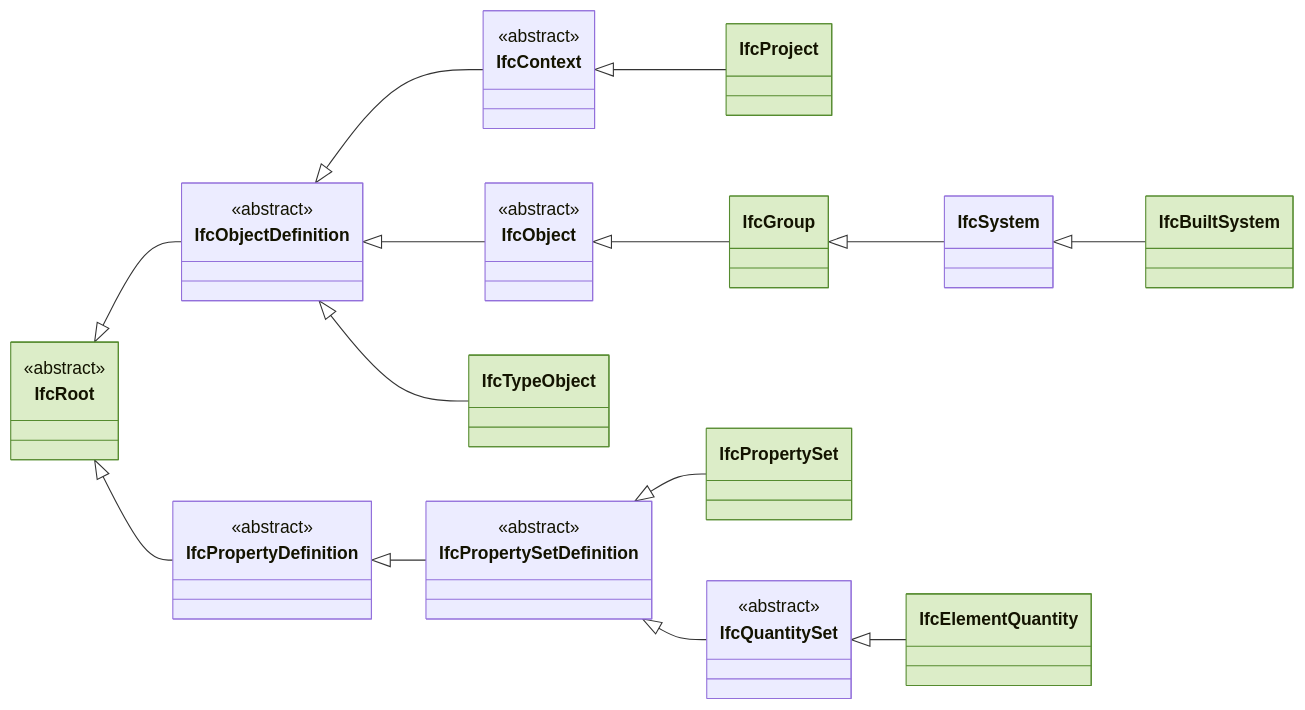
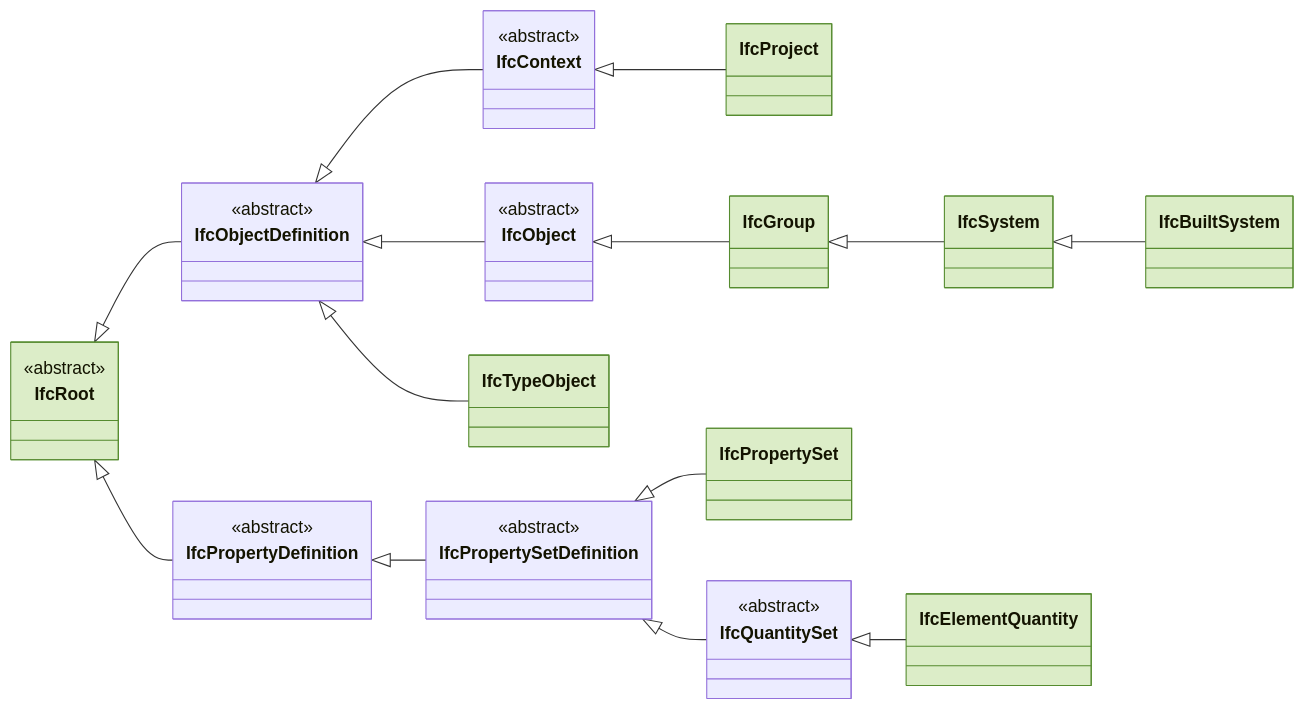
The tenth of 10 diagrams in docs/ifc/entities-genutzt.md (fabiologe/quagg_page_public), drawn with Mermaid before and after one commit. The commit also changed other lines of this file and 11 other files, not shown here.

````diff
--- a/docs/ifc/entities-genutzt.md
+++ b/docs/ifc/entities-genutzt.md
@@ -263,31 +263,32 @@
 ```mermaid
 classDiagram
   direction LR
   IfcContext <|-- IfcProject
   IfcGroup <|-- IfcSystem
   IfcObject <|-- IfcGroup
   IfcObjectDefinition <|-- IfcContext
   IfcObjectDefinition <|-- IfcObject
   IfcObjectDefinition <|-- IfcTypeObject
   IfcPropertyDefinition <|-- IfcPropertySetDefinition
   IfcPropertySetDefinition <|-- IfcPropertySet
   IfcPropertySetDefinition <|-- IfcQuantitySet
   IfcQuantitySet <|-- IfcElementQuantity
   IfcRoot <|-- IfcObjectDefinition
   IfcRoot <|-- IfcPropertyDefinition
   IfcSystem <|-- IfcBuiltSystem
   <<abstract>> IfcContext
   <<abstract>> IfcObject
   <<abstract>> IfcObjectDefinition
   <<abstract>> IfcPropertyDefinition
   <<abstract>> IfcPropertySetDefinition
   <<abstract>> IfcQuantitySet
   <<abstract>> IfcRoot
   style IfcBuiltSystem fill:#dcedc8,stroke:#558b2f
   style IfcElementQuantity fill:#dcedc8,stroke:#558b2f
   style IfcGroup fill:#dcedc8,stroke:#558b2f
   style IfcProject fill:#dcedc8,stroke:#558b2f
   style IfcPropertySet fill:#dcedc8,stroke:#558b2f
   style IfcRoot fill:#dcedc8,stroke:#558b2f
+  style IfcSystem fill:#dcedc8,stroke:#558b2f
   style IfcTypeObject fill:#dcedc8,stroke:#558b2f
 ```
````
